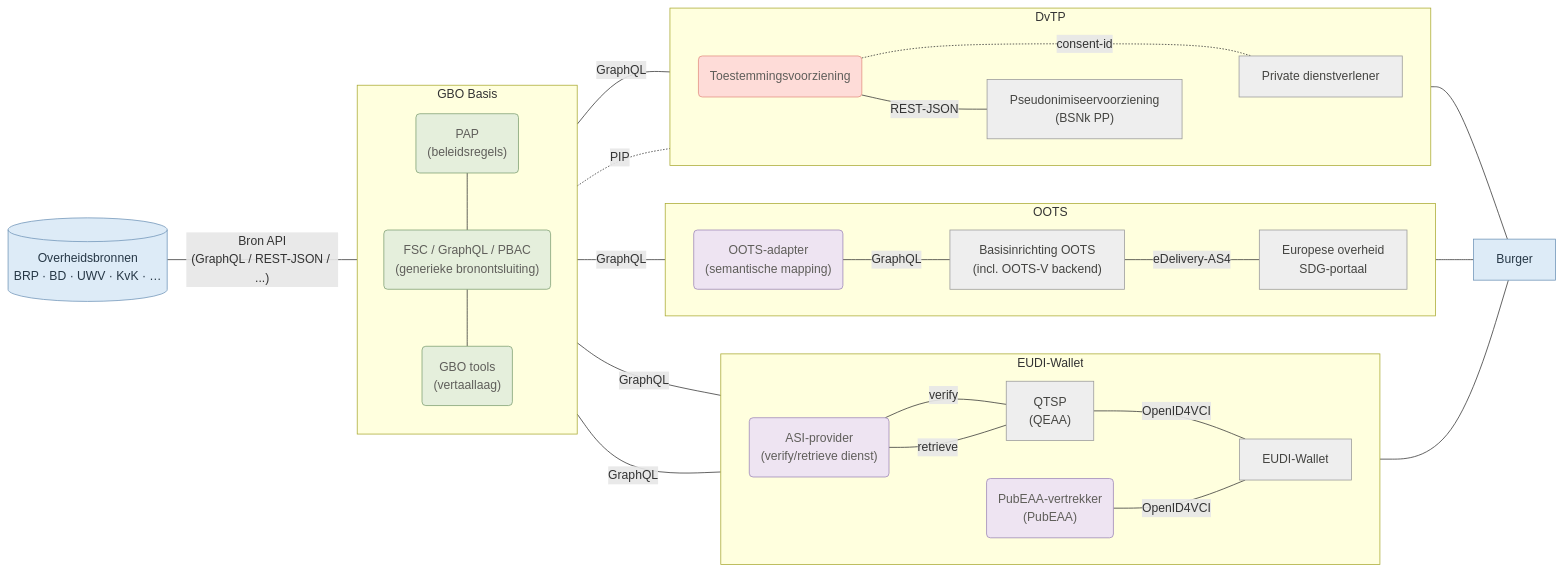
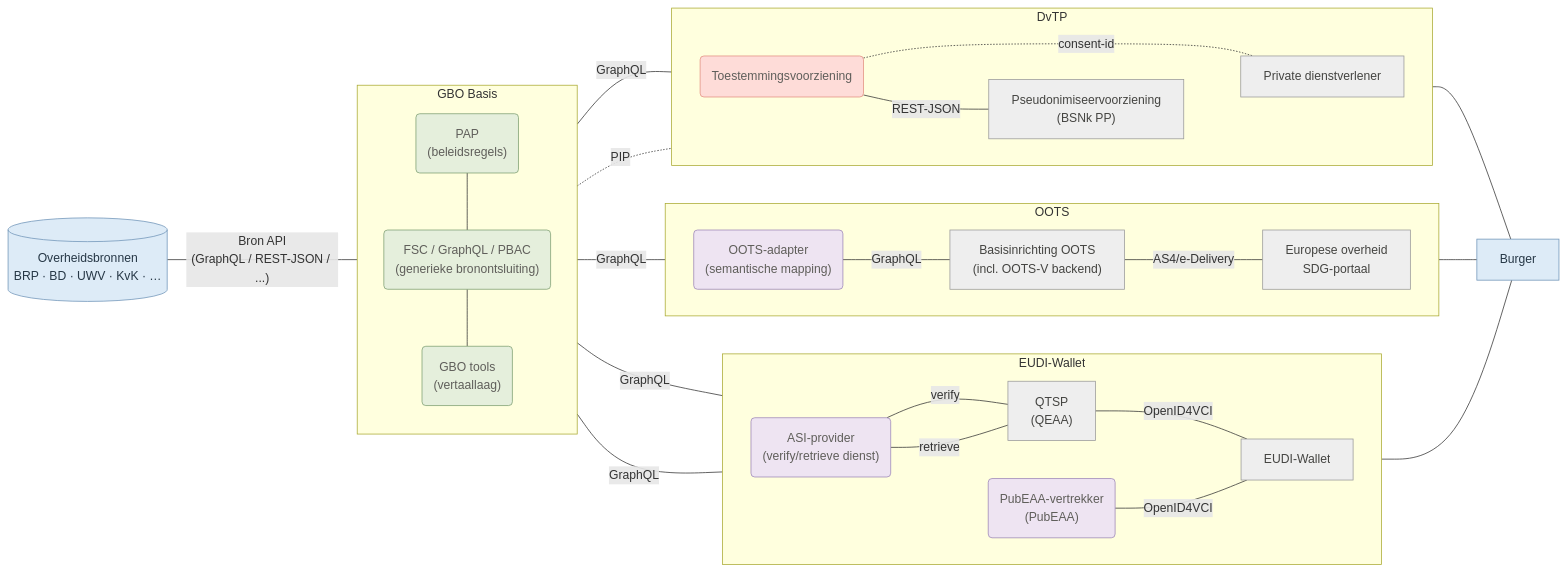
The diagram in docs/diagrammen/gbo_swimlanes.mmd (ICTU/GBO-PSA), drawn with Mermaid before and after one commit. The commit also changed 16 other files, not shown here.

```diff
--- a/docs/diagrammen/gbo_swimlanes.mmd
+++ b/docs/diagrammen/gbo_swimlanes.mmd
@@ -1,71 +1,71 @@
 flowchart LR
   subgraph gbo["GBO Basis"]
     direction TB
         fsc_pap("PAP<br/>(beleidsregels)")
         fsc("FSC / GraphQL / PBAC<br/>(generieke bronontsluiting)")
         fsc_tools("GBO tools<br/>(vertaallaag)")
   end
   subgraph eudi["EUDI-Wallet"]
     direction LR
         eudi_asi("ASI-provider<br/>(verify/retrieve dienst)")
         eudi_pubeaa("PubEAA-vertrekker<br/>(PubEAA)")
         eudi_qeaa["QTSP<br/>(QEAA)"]
         eudi_wallet["EUDI-Wallet"]
   end
   subgraph oots["OOTS"]
     direction LR
         oots_adapter("OOTS-adapter<br/>(semantische mapping)")
         oots_basis["Basisinrichting OOTS<br/>(incl. OOTS-V backend)"]
         oots_afnemer["Europese overheid<br/>SDG-portaal"]
   end
   subgraph dvtp["DvTP"]
     direction LR
         dvtp_toestemming("Toestemmingsvoorziening")
         dvtp_pseudoniem["Pseudonimiseervoorziening<br/>(BSNk PP)"]
         dvtp_afnemer["Private dienstverlener"]
   end
 
   fsc_pap --- fsc
   fsc --- fsc_tools
   bron[("Overheidsbronnen<br/>BRP · BD · UWV · KvK · …")] -- Bron API<br/>(GraphQL / REST-JSON / ...) --- gbo
   eudi_asi -- verify --- eudi_qeaa
   eudi_asi -- retrieve --- eudi_qeaa
   eudi_qeaa -- OpenID4VCI --- eudi_wallet
   gbo -- GraphQL --- eudi_asi & eudi_pubeaa & oots_adapter & dvtp_afnemer
   eudi_asi ~~~ eudi_pubeaa
   eudi_pubeaa -- OpenID4VCI --- eudi_wallet
   oots_adapter -- GraphQL --- oots_basis
-  oots_basis -- eDelivery-AS4 --- oots_afnemer
+  oots_basis -- AS4/e-Delivery --- oots_afnemer
   gbo -. PIP .- dvtp_toestemming
   dvtp_toestemming -. consent-id .- dvtp_afnemer
   dvtp_toestemming -- REST-JSON --- dvtp_pseudoniem
   dvtp_pseudoniem ~~~ dvtp_afnemer
   eudi_wallet --- burger["Burger"]
   oots_afnemer --- burger
   dvtp_afnemer --- burger
 
   fsc_pap:::gbo_d
   fsc:::gbo_d
   fsc_tools:::gbo_d
   eudi_asi:::gbo_k
   eudi_pubeaa:::gbo_k
   eudi_qeaa:::eudi
   eudi_wallet:::eudi
   oots_adapter:::gbo_k
   oots_basis:::oots
   oots_afnemer:::oots
   dvtp_toestemming:::gbo_c
   dvtp_pseudoniem:::dvtp
   dvtp_afnemer:::dvtp
   bron:::bron
   burger:::burger
 
   classDef bron fill:#DDEBF7,stroke:#6F94B8,color:#263746
   classDef generiek fill:#f1efe8,stroke:#5f5e5a,color:#444441
   classDef eudi fill:#EEEEEE,stroke:#999999,color:#444441
   classDef oots fill:#EEEEEE,stroke:#999999,color:#444441
   classDef dvtp fill:#EEEEEE,stroke:#999999,color:#444441
   classDef gbo_k fill:#EEE4F2,stroke:#9C86B7,color:#5f5e5a
   classDef gbo_c fill:#FEDCD8,stroke:#E28F80,color:#5f5e5a
   classDef gbo_d fill:#E5EFDC,stroke:#7E9F72,color:#5f5e5a
   classDef burger fill:#DDEBF7,stroke:#6F94B8,color:#263746
```
